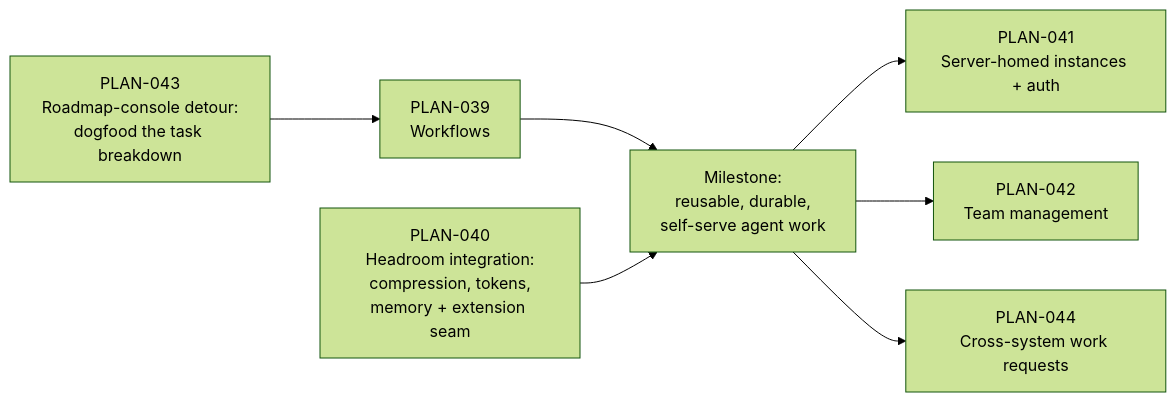
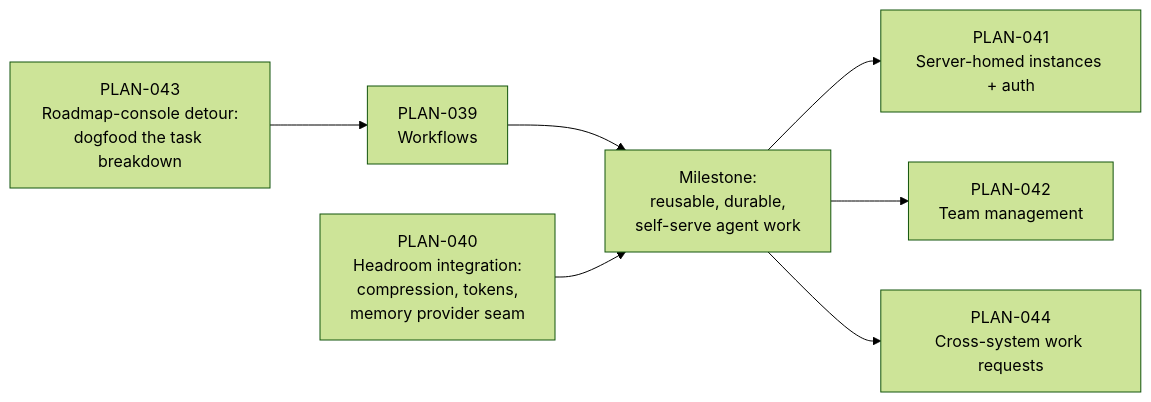
One commit to Swagatar-LLC/vorno changed the diagram in roadmap/directions/05-workflows-and-headroom.md. Above: the diagram before and after it, drawn with Mermaid (forest theme). The commit also changed other lines of this file and 64 other files, not shown here.

First line of the commit message:
feat(memory): vendor-neutral MemoryProvider seam with two providers (SUV-0029, SUV-0040)

````diff
--- a/roadmap/directions/05-workflows-and-headroom.md
+++ b/roadmap/directions/05-workflows-and-headroom.md
@@ -78,9 +80,9 @@
 ```mermaid
 graph LR
     T[PLAN-043<br/>Roadmap-console detour:<br/>dogfood the task breakdown] --> A[PLAN-039<br/>Workflows]
     A --> M[Milestone:<br/>reusable, durable,<br/>self-serve agent work]
-    B[PLAN-040<br/>Headroom integration:<br/>compression, tokens,<br/>memory + extension seam] --> M
+    B[PLAN-040<br/>Headroom integration:<br/>compression, tokens,<br/>memory provider seam] --> M
     M --> C[PLAN-041<br/>Server-homed instances + auth]
     M --> D[PLAN-042<br/>Team management]
     M --> E[PLAN-044<br/>Cross-system work requests]
 ```
````
